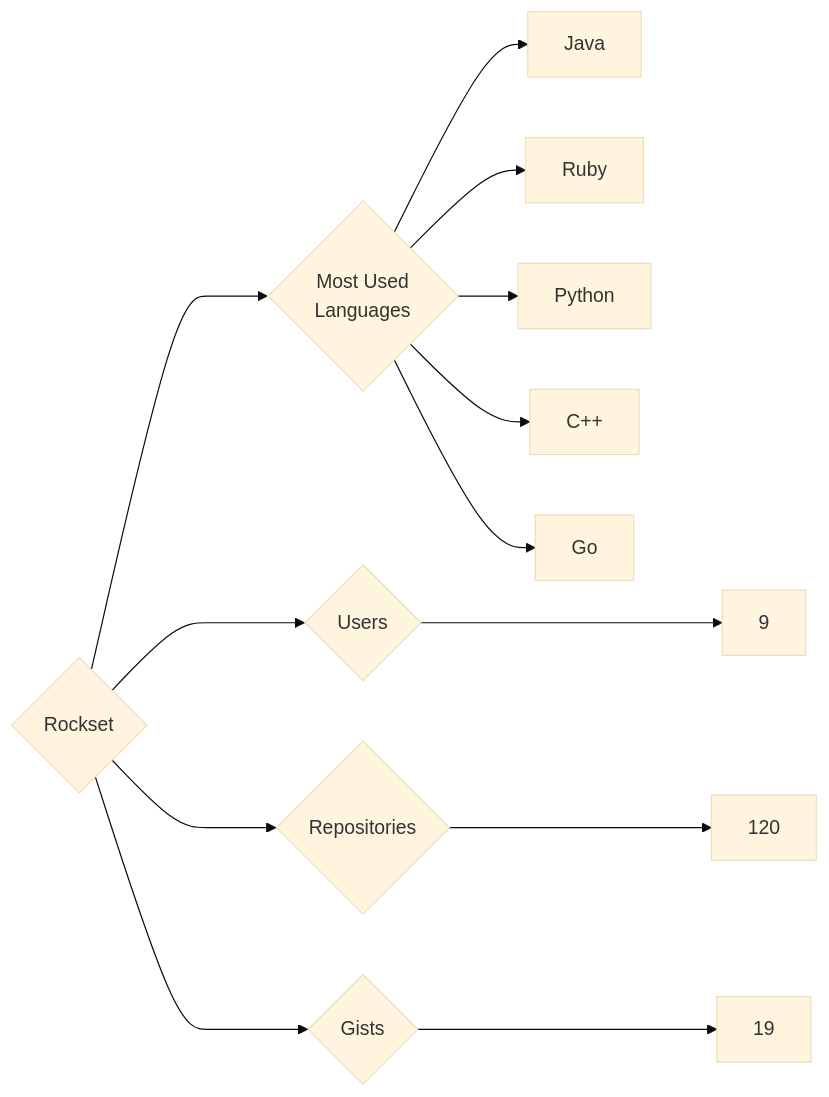
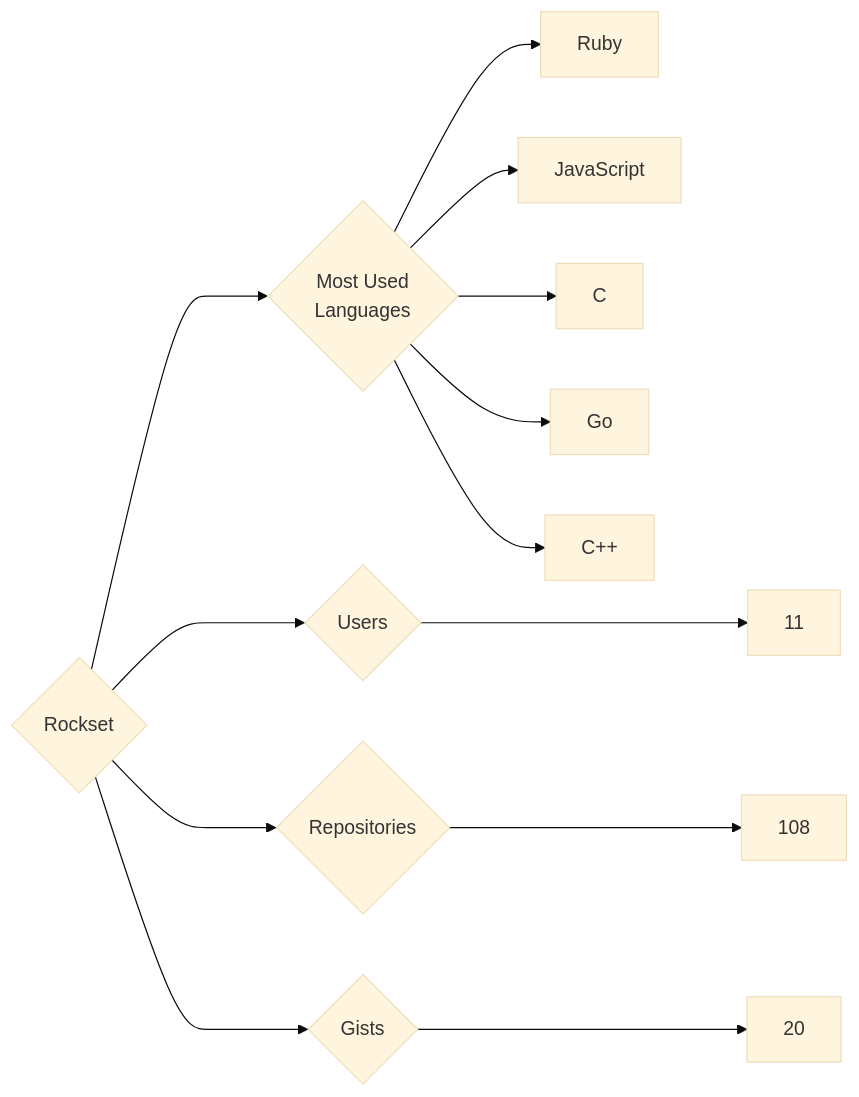
The diagram in targets/Rockset/README.md (trickest/insiders), drawn with Mermaid (base theme) before and after one commit. The commit also changed 877 other files, not shown here.

````diff
--- a/targets/Rockset/README.md
+++ b/targets/Rockset/README.md
@@ -3,13 +3,13 @@
 ```mermaid
 graph LR
 COMPANY_NAME{Rockset}
-COMPANY_NAME ---> U{Users} ---> UN[9]
-COMPANY_NAME ---> R{Repositories} ---> RN[120]
-COMPANY_NAME ---> G{Gists} ---> GN[19]
+COMPANY_NAME ---> U{Users} ---> UN[11]
+COMPANY_NAME ---> R{Repositories} ---> RN[108]
+COMPANY_NAME ---> G{Gists} ---> GN[20]
 COMPANY_NAME ---> ML{Most Used<br>Languages}
-ML --> Java[Java]
 ML --> Ruby[Ruby]
-ML --> Python[Python]
+ML --> JavaScript[JavaScript]
+ML --> C[C]
+ML --> Go[Go]
 ML --> C++[C++]
-ML --> Go[Go]
 ```
````
